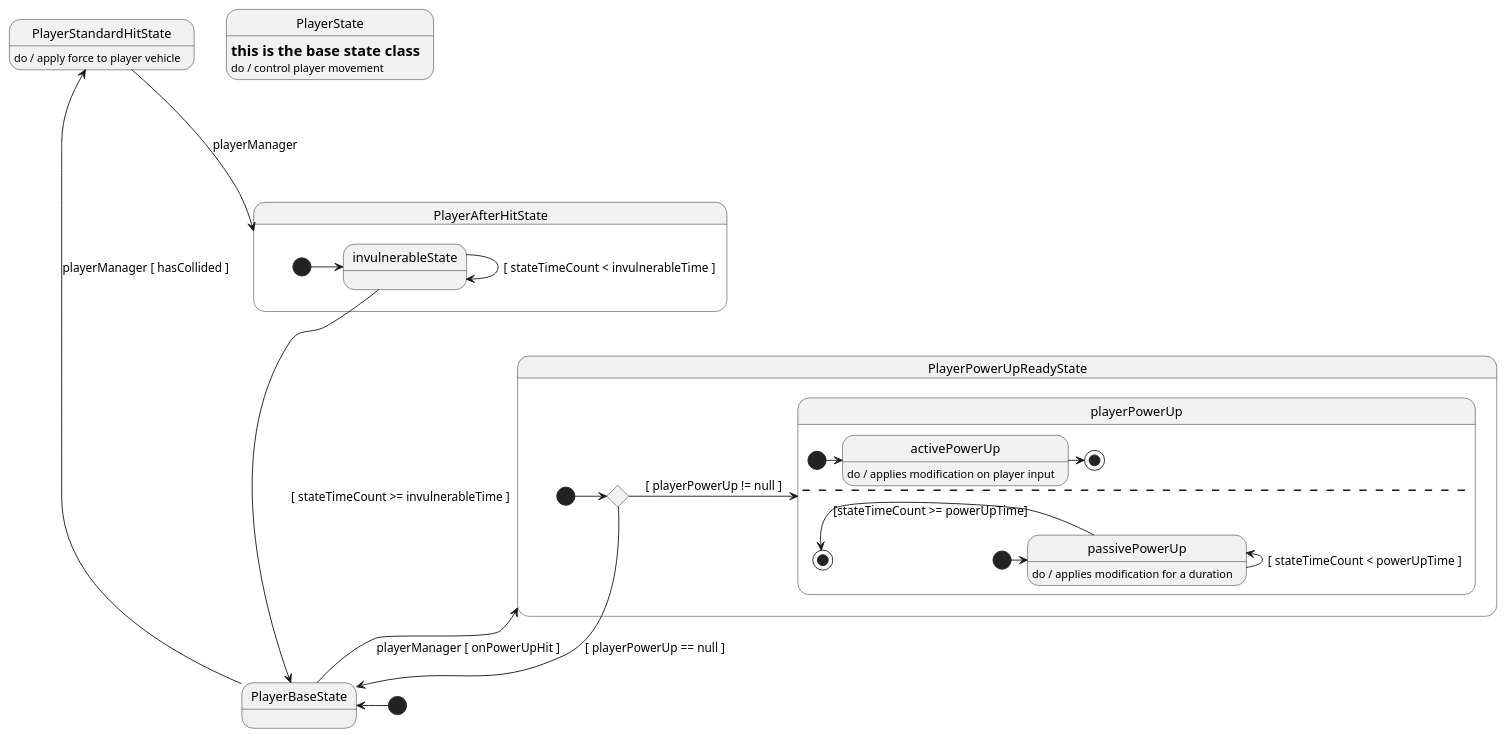
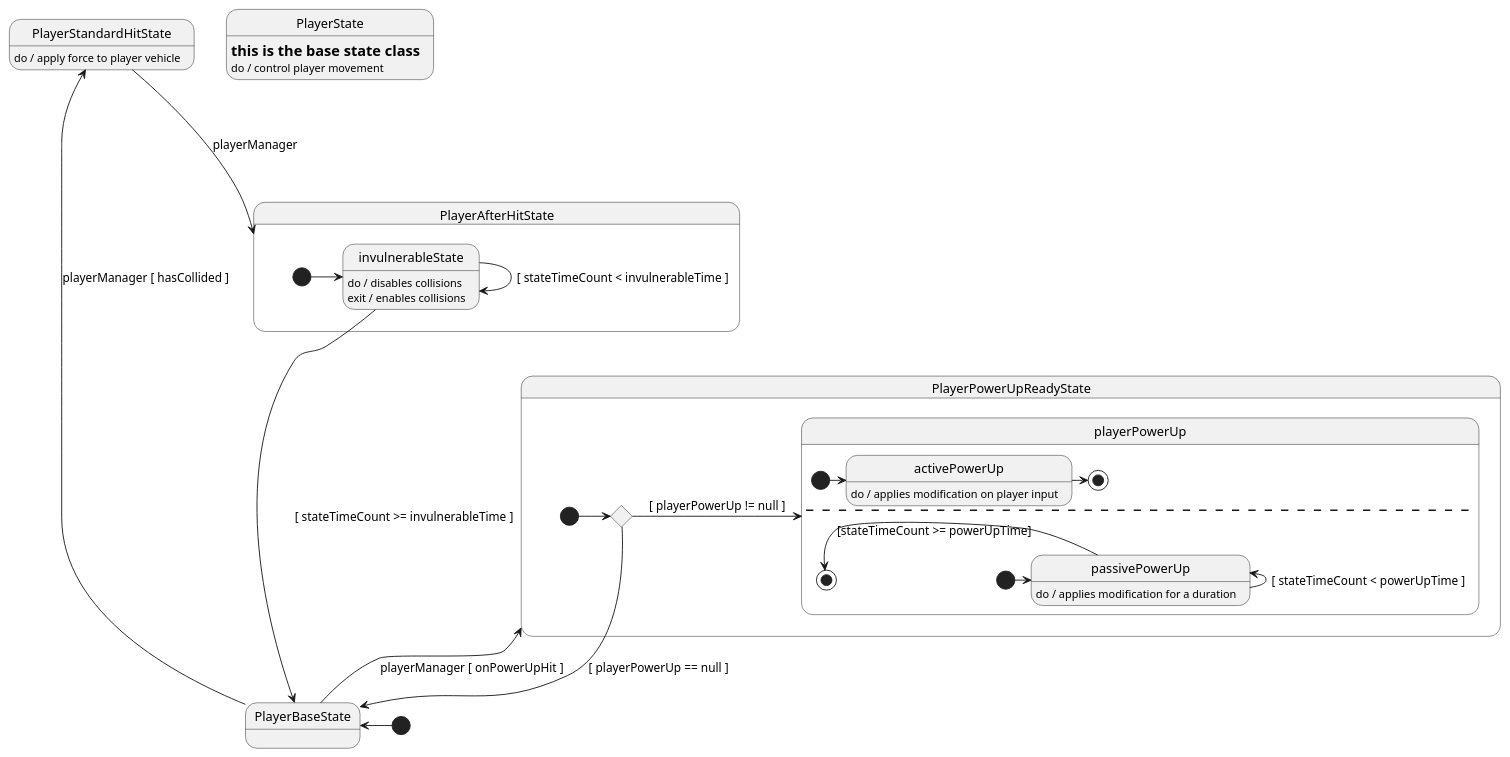
Before and after one commit to CKTA00/Robbery_Rush_UML: the diagram in UML/player_car_state_machine.puml, drawn with PlantUML.

Commit message:
updated description description

```diff
--- a/UML/player_car_state_machine.puml
+++ b/UML/player_car_state_machine.puml
@@ -1,49 +1,51 @@
 @startuml
 
 state PlayerState : = this is the base state class
 state PlayerState : do / control player movement
 
 state PlayerBaseState
 
 [*] -u> PlayerBaseState
 PlayerBaseState -l-> PlayerStandardHitState : playerManager [ hasCollided ]
 PlayerStandardHitState --d-> PlayerAfterHitState : playerManager
 
 state PlayerStandardHitState : do / apply force to player vehicle
 
 state PlayerAfterHitState{
+    state invulnerableState : do / disables collisions
+    state invulnerableState : exit / enables collisions
     [*] -r> invulnerableState
     invulnerableState ---> invulnerableState : [ stateTimeCount < invulnerableTime ]
     invulnerableState ---> PlayerBaseState : [ stateTimeCount >= invulnerableTime ]
 }
 
 PlayerBaseState --> PlayerPowerUpReadyState : playerManager [ onPowerUpHit ]
 
 state PlayerPowerUpReadyState{
 
     state c <<choice>>
     [*] -> c
     c -> playerPowerUp : [ playerPowerUp != null ]
     c --> PlayerBaseState : [ playerPowerUp == null ]
 
     state playerPowerUp{
 
         state activePowerUp : do / applies modification on player input
         [*] -> activePowerUp
         activePowerUp -> [*]
         -----
 
         state passivePowerUp : do / applies modification for a duration
         [*] ->  passivePowerUp
         passivePowerUp -u> passivePowerUp : [ stateTimeCount < powerUpTime ]
         passivePowerUp -l> [*] : [stateTimeCount >= powerUpTime]
 
 
 
     }
 
 }
 
 
 
 @enduml
```
